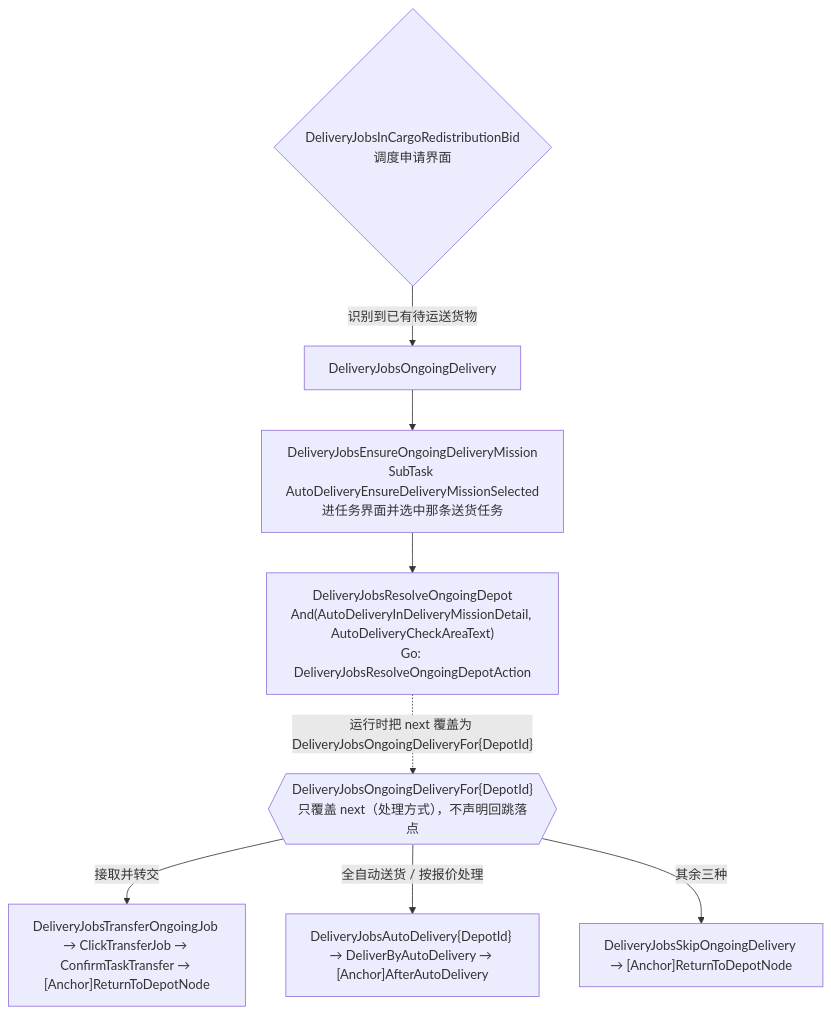
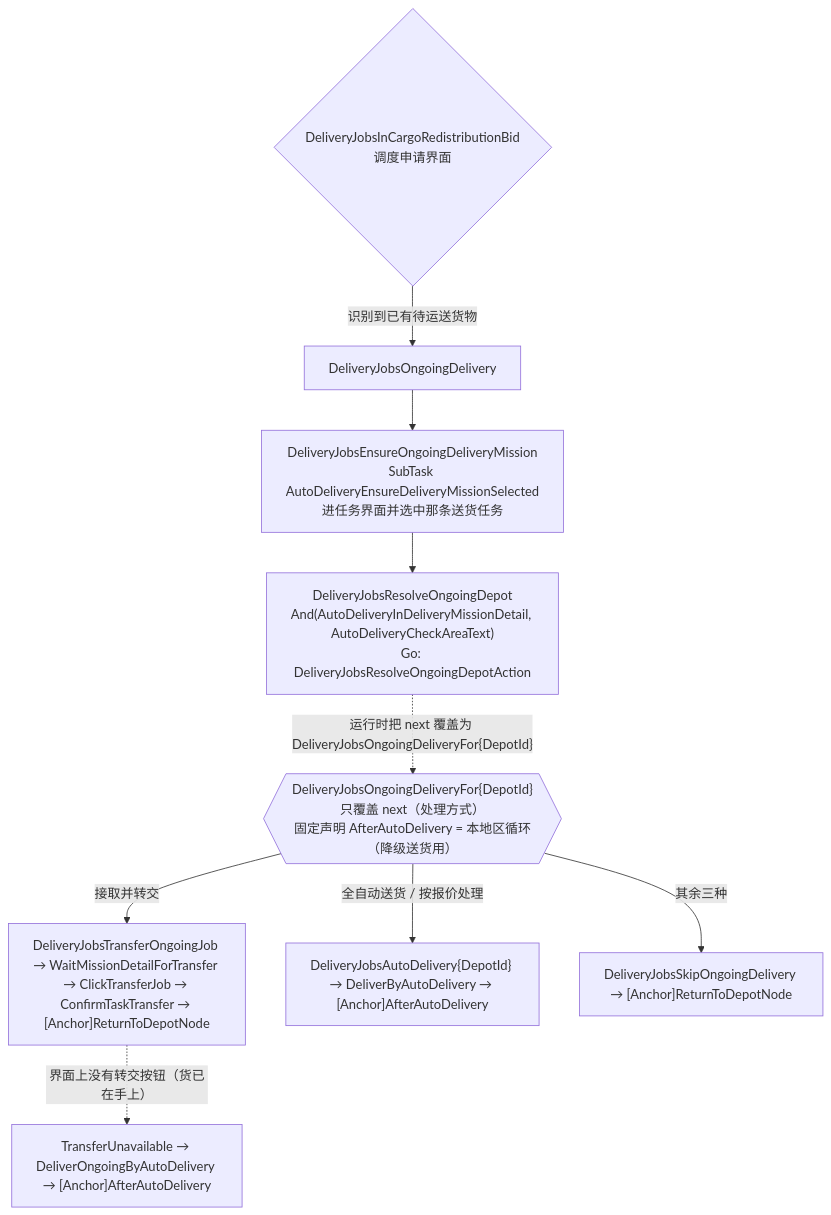
Before and after one commit to MaaEnd/MaaEnd: the fourth of 6 diagrams in docs/zh_cn/developers/tasks/delivery-jobs-maintain.md, drawn with Mermaid. The commit also changed other lines of this file and 14 other files, not shown here.

First line of the commit message:
fix(DeliveryJobs): 转交不可用时改走降级送货，失败即停止不再打转

````diff
--- a/docs/zh_cn/developers/tasks/delivery-jobs-maintain.md
+++ b/docs/zh_cn/developers/tasks/delivery-jobs-maintain.md
@@ -146,10 +146,11 @@
 ```mermaid
 flowchart TD
     Bid{"DeliveryJobsInCargoRedistributionBid\n调度申请界面"} -->|识别到已有待运送货物| Ong["DeliveryJobsOngoingDelivery"]
     Ong --> Ensure["DeliveryJobsEnsureOngoingDeliveryMission\nSubTask AutoDeliveryEnsureDeliveryMissionSelected\n进任务界面并选中那条送货任务"]
     Ensure --> Resolve["DeliveryJobsResolveOngoingDepot\nAnd(AutoDeliveryInDeliveryMissionDetail, AutoDeliveryCheckAreaText)\nGo: DeliveryJobsResolveOngoingDepotAction"]
-    Resolve -.->|"运行时把 next 覆盖为 DeliveryJobsOngoingDeliveryFor{DepotId}"| For{{"DeliveryJobsOngoingDeliveryFor{DepotId}\n只覆盖 next（处理方式），不声明回跳落点"}}
-    For -->|接取并转交| T["DeliveryJobsTransferOngoingJob → ClickTransferJob → ConfirmTaskTransfer → [Anchor]ReturnToDepotNode"]
+    Resolve -.->|"运行时把 next 覆盖为 DeliveryJobsOngoingDeliveryFor{DepotId}"| For{{"DeliveryJobsOngoingDeliveryFor{DepotId}\n只覆盖 next（处理方式）\n固定声明 AfterAutoDelivery = 本地区循环（降级送货用）"}}
+    For -->|接取并转交| T["DeliveryJobsTransferOngoingJob → WaitMissionDetailForTransfer → ClickTransferJob → ConfirmTaskTransfer → [Anchor]ReturnToDepotNode"]
+    T -.->|"界面上没有转交按钮（货已在手上）"| U["TransferUnavailable → DeliverOngoingByAutoDelivery → [Anchor]AfterAutoDelivery"]
     For -->|全自动送货 / 按报价处理| A["DeliveryJobsAutoDelivery{DepotId} → DeliverByAutoDelivery → [Anchor]AfterAutoDelivery"]
     For -->|其余三种| S["DeliveryJobsSkipOngoingDelivery → [Anchor]ReturnToDepotNode"]
 ```
````
